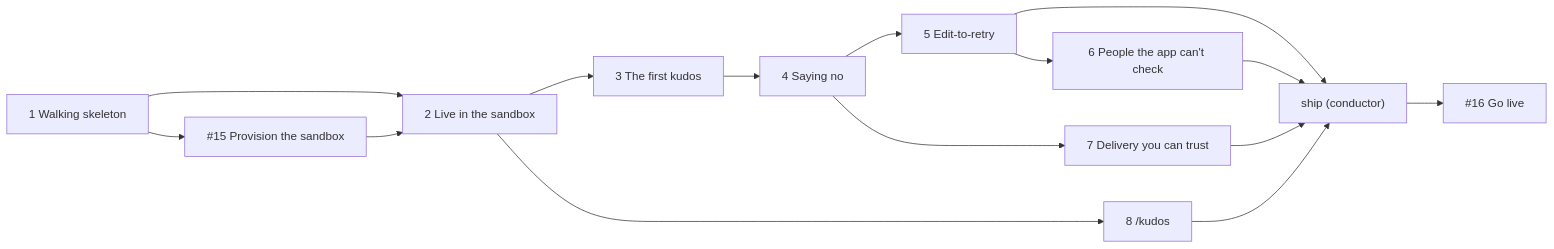
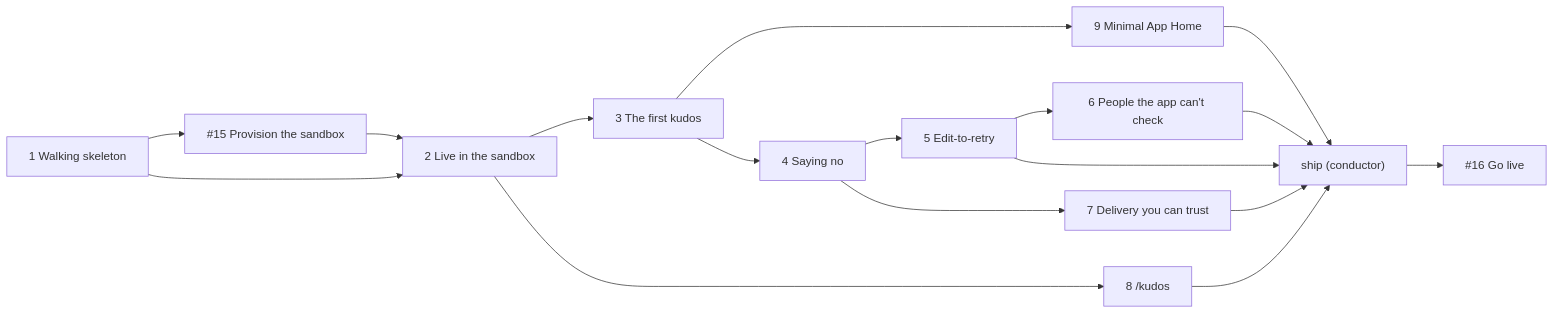
One commit to Silthus/kudos changed the diagram in spec/core-loop-tickets.md. Above: the diagram before and after it, drawn with Mermaid. The commit also changed other lines of this file and 1 other file, not shown here.

````diff
--- a/spec/core-loop-tickets.md
+++ b/spec/core-loop-tickets.md
@@ -7,17 +7,19 @@
 ```mermaid
 flowchart LR
   S1["1 Walking skeleton"] --> P15["#15 Provision the sandbox"]
   S1 --> S2["2 Live in the sandbox"]
   P15 --> S2
   S2 --> S3["3 The first kudos"]
   S2 --> S8["8 /kudos"]
+  S3 --> S9["9 Minimal App Home"]
   S3 --> S4["4 Saying no"]
   S4 --> S5["5 Edit-to-retry"]
   S5 --> S6["6 People the app can't check"]
   S4 --> S7["7 Delivery you can trust"]
   S5 --> SHIP["ship (conductor)"]
   S6 --> SHIP
   S7 --> SHIP
   S8 --> SHIP
+  S9 --> SHIP
   SHIP --> P16["#16 Go live"]
 ```
````
